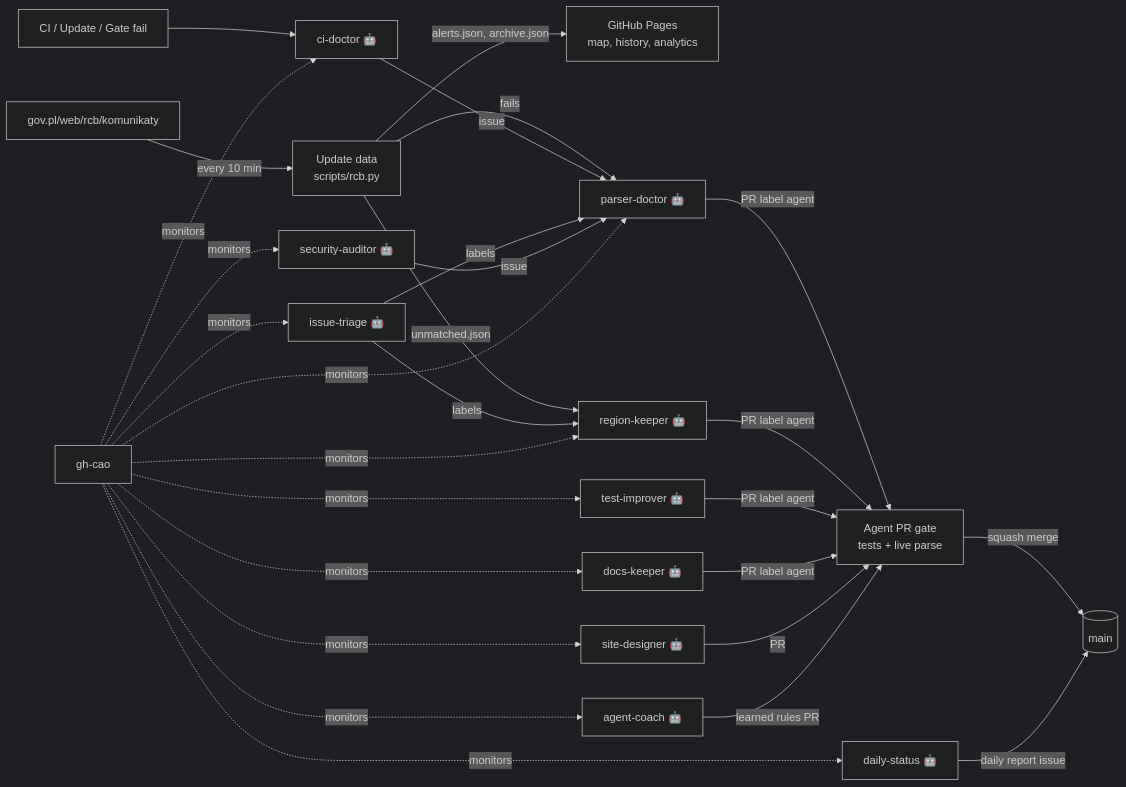
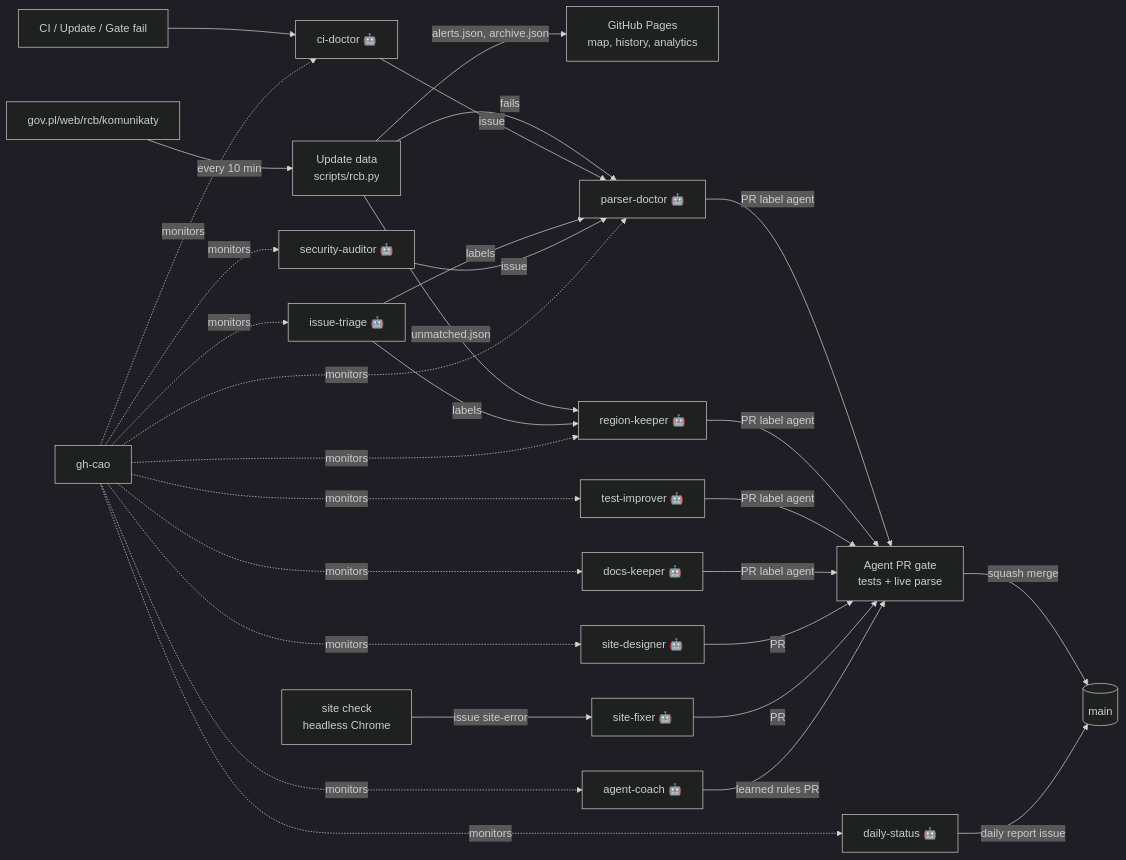
The diagram in README.md (casper-assistant-ai/alerty-pl), drawn with Mermaid (dark theme) before and after one commit. The commit also changed other lines of this file and 6 other files, not shown here.

First line of the commit message:
feat(site-check): hourly headless check of the live site and a site-fixer agent

````diff
--- a/README.md
+++ b/README.md
@@ -17,16 +17,18 @@
 ```mermaid
 flowchart LR
   RCB[gov.pl/web/rcb/komunikaty] -->|every 10 min| U[Update data<br/>scripts/rcb.py]
   U -->|alerts.json, archive.json| P[GitHub Pages<br/>map, history, analytics]
   U -- fails --> PD[parser-doctor 🤖]
   U -- unmatched.json --> RK[region-keeper 🤖]
   CI[CI / Update / Gate fail] --> CD[ci-doctor 🤖] -->|issue| PD
   PD & RK & TI[test-improver 🤖] & DK[docs-keeper 🤖] -->|PR label agent| G[Agent PR gate<br/>tests + live parse]
   G -->|squash merge| main[(main)]
   IT[issue-triage 🤖] -->|labels| RK & PD
   DS[daily-status 🤖] -->|daily report issue| main
   SD[site-designer 🤖] -->|PR| G
+  SC[site check<br/>headless Chrome] -->|issue site-error| SF[site-fixer 🤖]
+  SF -->|PR| G
   SA[security-auditor 🤖] -->|issue| PD
   AC[agent-coach 🤖] -->|learned rules PR| G
   CAO[gh-cao] -.monitors.-> PD & RK & CD & DS & IT & TI & DK & SD & SA & AC
 ```
````
